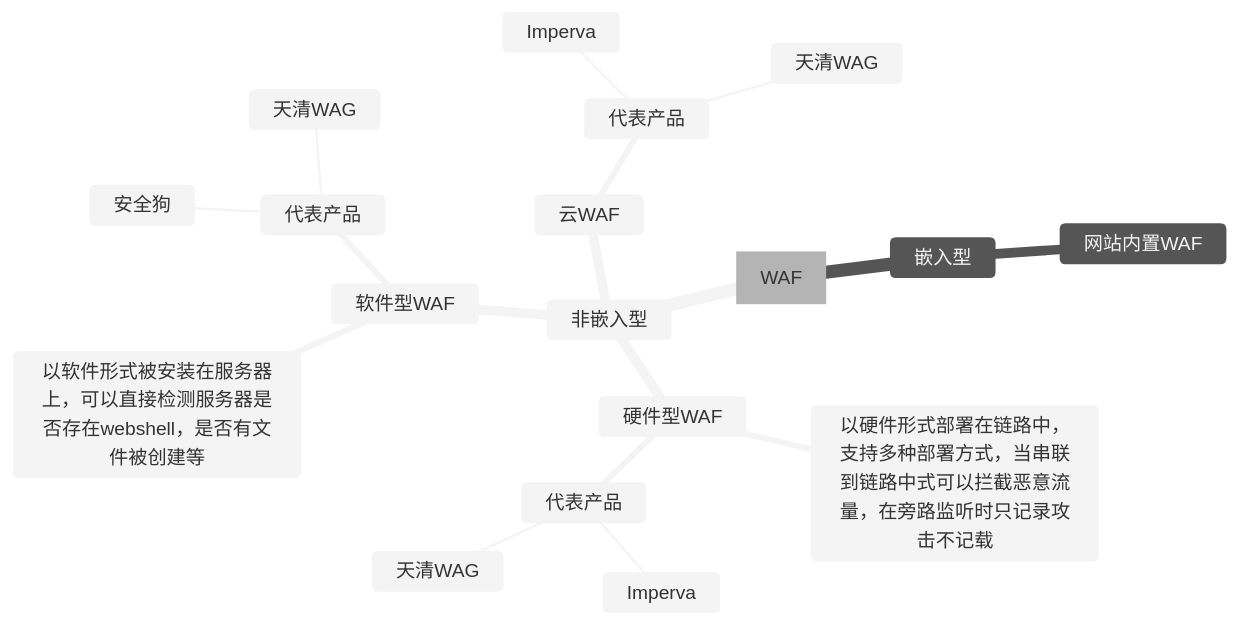
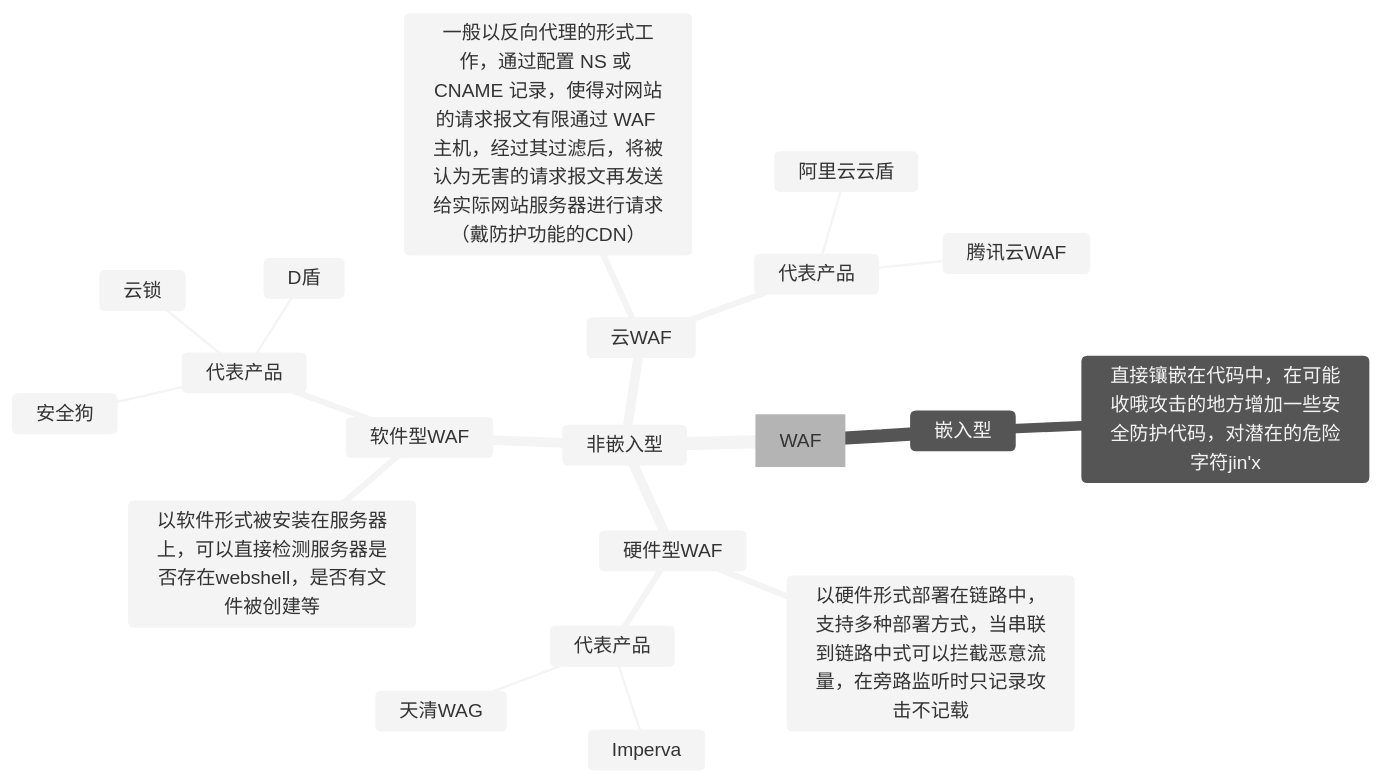
The diagram in EBAOBAO 的网安笔记.md (EBAOBAO/MyNotes), drawn with Mermaid (neutral theme) before and after one commit.

Commit message:
vault backup: 2025-06-15 17:53:34

````diff
--- a/EBAOBAO 的网安笔记.md
+++ b/EBAOBAO 的网安笔记.md
@@ -93,21 +93,23 @@
 ```mermaid
 mindmap
 	[WAF]
 		非嵌入型
 			硬件型WAF
 				以硬件形式部署在链路中，支持多种部署方式，当串联到链路中式可以拦截恶意流量，在旁路监听时只记录攻击不记载
 				代表产品
 					Imperva
 					天清WAG
 			软件型WAF
 				以软件形式被安装在服务器上，可以直接检测服务器是否存在webshell，是否有文件被创建等
 				代表产品
 					安全狗
-					天清WAG
+					云锁
+					D盾
 			云WAF
+				一般以反向代理的形式工作，通过配置 NS 或 CNAME 记录，使得对网站的请求报文有限通过 WAF 主机，经过其过滤后，将被认为无害的请求报文再发送给实际网站服务器进行请求（戴防护功能的CDN）
 				代表产品
-					Imperva
-					天清WAG
+					阿里云云盾
+					腾讯云WAF
 		嵌入型
-			网站内置WAF
+			直接镶嵌在代码中，在可能收哦攻击的地方增加一些安全防护代码，对潜在的危险字符jin'x
 ```
````
